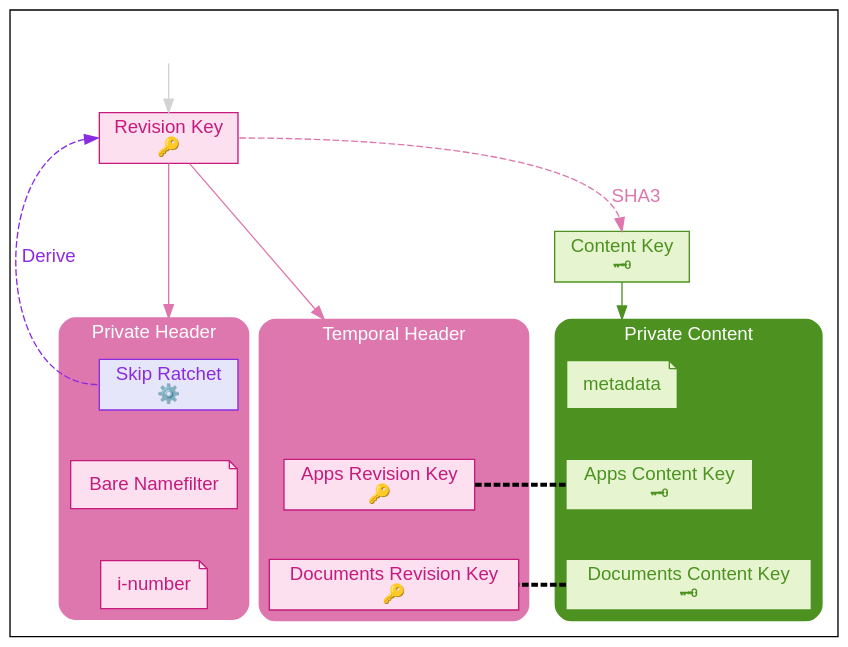
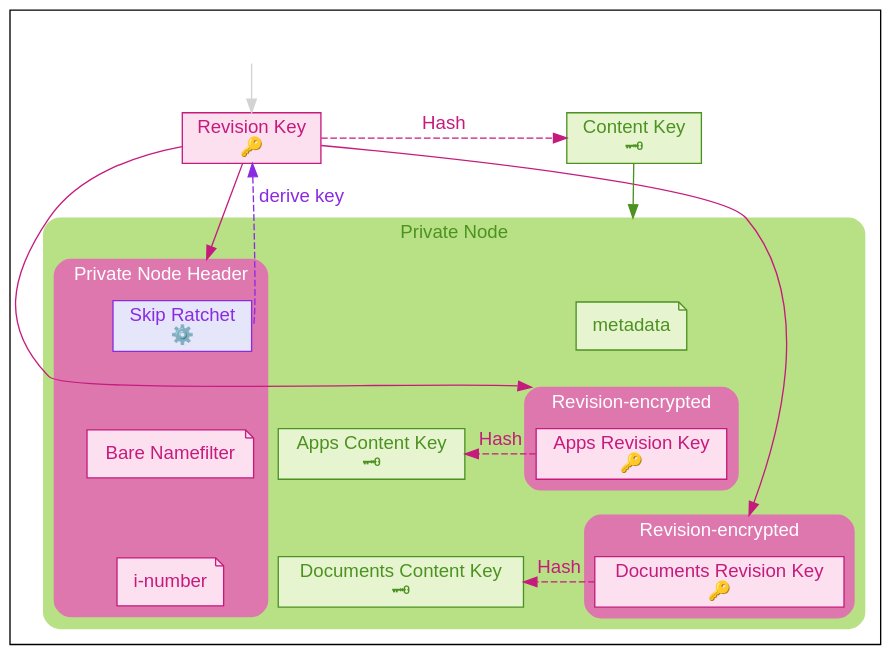
Before and after one commit to wnfs-wg/spec: the diagram in spec/diagrams/revision_key_layout.dot, drawn with Graphviz.

Commit message:
Revise diagram about encryption components of private node

```diff
--- a/spec/diagrams/revision_key_layout.dot
+++ b/spec/diagrams/revision_key_layout.dot
@@ -1,135 +1,144 @@
 digraph G {
+
     #########
     # SETUP #
     #########
 
     compound = true
     fontname = "Helvetica"
+    newrank = true
 
     edge [
         colorscheme = "piyg11"
         color = black
         fontname = "Helvetica"
-    ];
+    ]
 
     node [
         shape = box
         colorscheme = "piyg11"
         style = filled
         fillcolor = 5
         color = black
         fontname = "Helvetica"
         color=2
         fontcolor=2
-    ];
+    ]
 
     graph [
-        colorscheme="piyg11"
-        color=10
+        colorscheme = "piyg11"
         style = "rounded,filled"
-        fontcolor=white
-    ];
+    ]
 
-    ##############
-    # FREE NODES #
-    ##############
+    #################
+    # NODES & EDGES #
+    #################
 
     invis_parent [style = invis]
     revision_key [label = "Revision Key\n🔑" color = 2  fontcolor = 2]
     content_key [label = "Content Key\n🗝" color=10 fontcolor = 10 fillcolor=7]
 
-    ############
-    # CLUSTERS #
-    ############
-
-    subgraph cluster_private_header {
-        label = "Private Header"
-        color=3
-
-        skip_ratchet [label = "Skip Ratchet\n⚙️" color = blueviolet fontcolor = blueviolet fillcolor=lavender]
-        bare_nf [label = "Bare Namefilter" shape = note]
-        i_number [label = "i-number" shape = note]
-
-        skip_ratchet -> bare_nf -> i_number [style=invis]
-    }
-
-    subgraph cluster_temporal_header {
-        label = "Temporal Header"
-        color = 3
-
-        apps_header_key [label = "Apps Revision Key\n🔑"]
-        docs_header_key [label = "Documents Revision Key\n🔑"]
-        invis_header [style = invis]
-
-        invis_header -> apps_header_key -> docs_header_key  [style=invis]
-    }
-
-    subgraph cluster_private_content {
-        label = "Private Content"
+    subgraph cluster_node {
+        label = "Private Node"
+        color = 8
+        fontcolor = 10
 
         node [
             color=10
             fontcolor=10
             fillcolor=7
         ]
+        
+        subgraph cluster_node_header {
+            label = "Private Node Header"
+            color = 3
+            fontcolor = white
+
+            node [
+                color = 2
+                fontcolor = 2
+                fillcolor = 5
+            ]
+
+            skip_ratchet [
+                label = "Skip Ratchet\n⚙️"
+                color = blueviolet
+                fontcolor = blueviolet
+                fillcolor = lavender
+            ]
+
+            bare_namefilter [label = "Bare Namefilter" shape = note]
+            i_number [label = "i-number" shape = note]
+
+            skip_ratchet -> bare_namefilter -> i_number [style=invis]
+        }
+
+        subgraph cluster_apps {
+            label = "Revision-encrypted"
+            color = 3
+            fontcolor = white
+            node [
+                color = 2
+                fontcolor = 2
+                fillcolor = 5
+            ]
+
+            apps_revision_key [label = "Apps Revision Key\n🔑"]
+        }
+
+        subgraph cluster_docs {
+            label = "Revision-encrypted"
+            color = 3
+            fontcolor = white
+            node [
+                color = 2
+                fontcolor = 2
+                fillcolor = 5
+            ]
+
+            docs_revision_key [label = "Documents Revision Key\n🔑"]
+        }
 
         metadata [shape = note]
 
-        apps_content_key [label="Apps Content Key\n🗝"]
-        docs_content_key [label="Documents Content Key\n🗝"]
+        apps_content_key [label = "Apps Content Key\n🗝"]
+        docs_content_key [label = "Documents Content Key\n🗝"]
 
-        metadata -> apps_content_key -> docs_content_key [style=invis];
+        apps_revision_key -> apps_content_key [label = "Hash" color = 2 fontcolor = 2 style = dashed]
+        docs_revision_key -> docs_content_key [label = "Hash" color = 2 fontcolor = 2 style = dashed]
+
+        {rank=same apps_revision_key apps_content_key}
+        {rank=same docs_revision_key docs_content_key}
+
+        metadata -> apps_content_key -> docs_content_key [style = invis]
+        metadata -> apps_revision_key -> docs_revision_key [style = invis]
     }
 
-    #########
-    # EDGES #
-    #########
-
-    revision_key:e -> content_key:n [
-        label = "SHA3"
-        style = dashed
-        color = 3
-        fontcolor = 3
-        weight = 0.5
+    invis_parent -> revision_key [
+        color = lightgray
+        weight = 10
     ]
 
-    revision_key:w -> skip_ratchet:w [
+    revision_key -> content_key [
+        label = "Hash"
+        style = dashed
+        color = 2
+        fontcolor = 2
+    ]
+
+    {rank=same revision_key content_key}
+
+    content_key -> metadata [ lhead = cluster_node color = 10 ]
+
+    revision_key -> skip_ratchet:e [
+        label = "derive key"
+        style = dashed
         dir = back
-        style = dashed
-        label = "Derive"
         color = blueviolet
         fontcolor = blueviolet
     ]
 
-    invis_parent -> revision_key [color = lightgray weight = 10]
-    content_key:s -> metadata [
-        lhead = cluster_private_content
-        color = 10
-        weight = 18
-    ]
-
-    revision_key -> skip_ratchet [lhead = cluster_private_header color = 3 weight=10]
-    revision_key -> invis_header [lhead = cluster_temporal_header color = 3]
-
-    apps_header_key -> apps_content_key [
-        penwidth = 3
-        arrowtail = none
-        dir = back
-        style = dashed
-    ]
-
-    docs_content_key -> docs_header_key [
-        penwidth = 3
-        arrowhead = none
-        style = dashed
-    ]
-
-    ################
-    # LAYOUT HACKS #
-    ################
-
-    content_key:s -> invis_header:n [lhead=cluster_temporal_header style=invis]
-    content_key:s -> skip_ratchet:n [lhead=cluster_temporal_header style=invis]
-    skip_ratchet -> apps_header_key [lhead=cluster_private_header style=invis]
-    apps_header_key -> skip_ratchet [style=invis]
+    revision_key -> skip_ratchet [lhead = cluster_node_header color = 2]
+    revision_key -> apps_revision_key [lhead = cluster_apps color = 2]
+    revision_key -> docs_revision_key [lhead = cluster_docs color = 2]
 }
```
